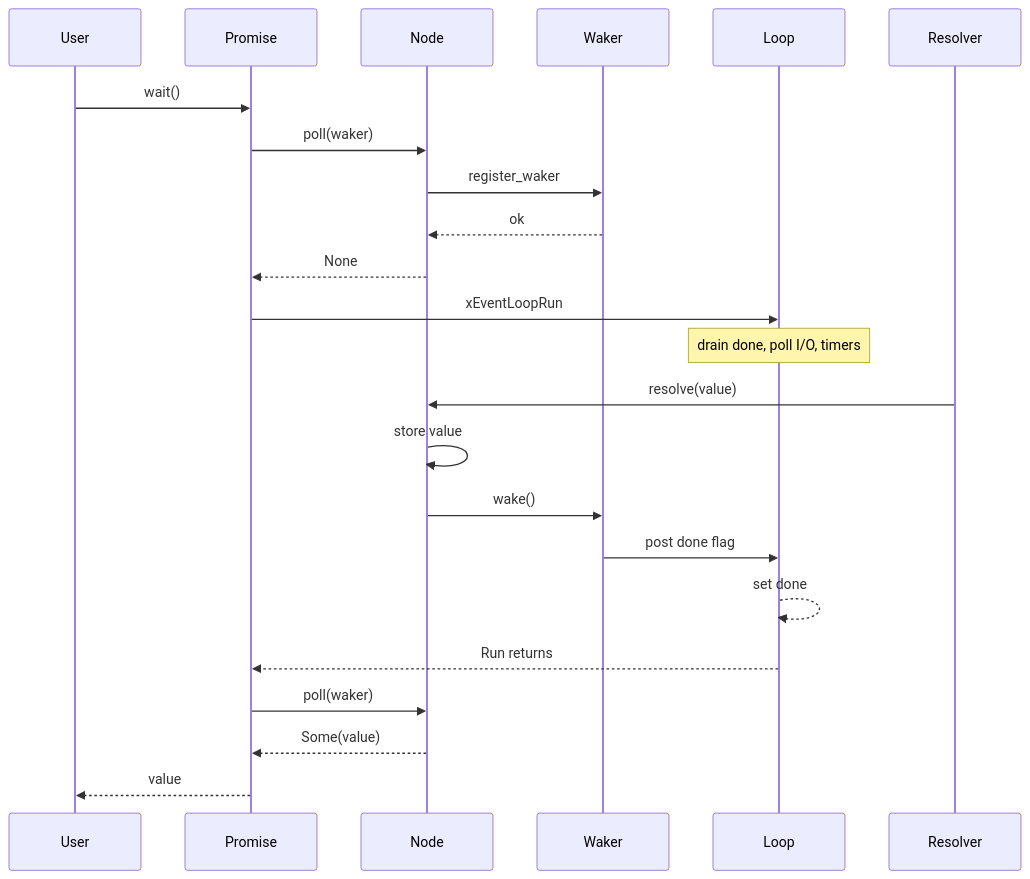
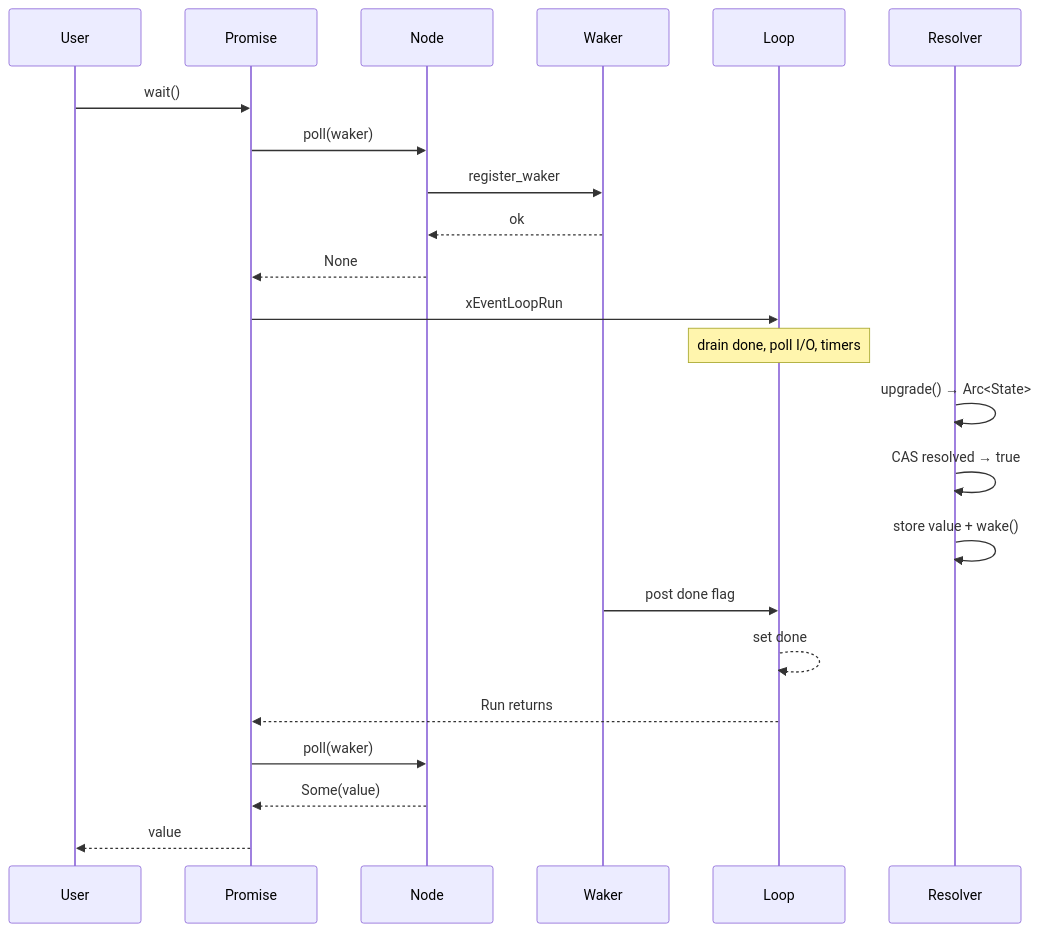
The second of 2 diagrams in docs/libxpp/promise.md (mivinci/x), drawn with Mermaid before and after one commit. The commit also changed other lines of this file and 14 other files, not shown here.

````diff
--- a/docs/libxpp/promise.md
+++ b/docs/libxpp/promise.md
@@ -95,29 +100,29 @@
 ```mermaid
 sequenceDiagram
     participant U as User
     participant P as Promise
     participant N as Node
     participant W as Waker
     participant L as Loop
     participant R as Resolver
 
     U->>P: wait()
     P->>N: poll(waker)
     N->>W: register_waker
     W-->>N: ok
     N-->>P: None
     P->>L: xEventLoopRun
 
     Note over L: drain done, poll I/O, timers
 
-    R->>N: resolve(value)
-    N->>N: store value
-    N->>W: wake()
+    R->>R: upgrade() → Arc<State>
+    R->>R: CAS resolved → true
+    R->>R: store value + wake()
     W->>L: post done flag
     L-->>L: set done
     L-->>P: Run returns
 
     P->>N: poll(waker)
     N-->>P: Some(value)
     P-->>U: value
 ```
````
